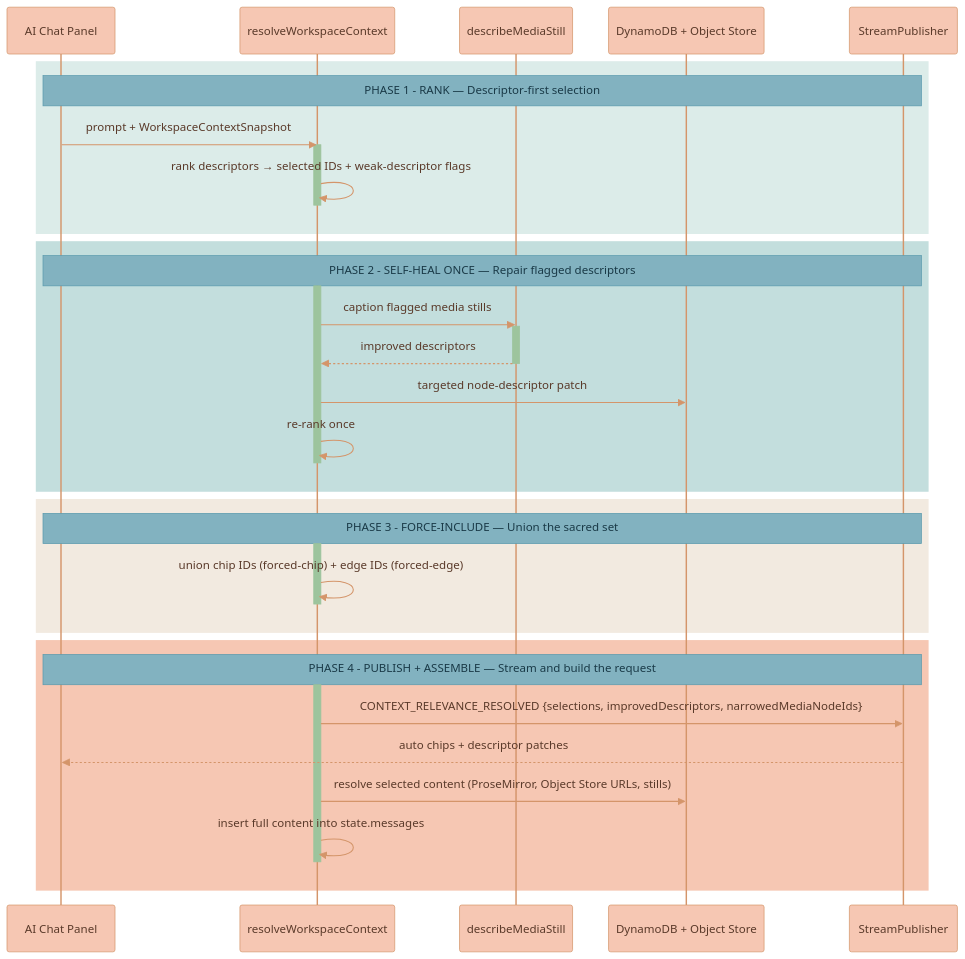
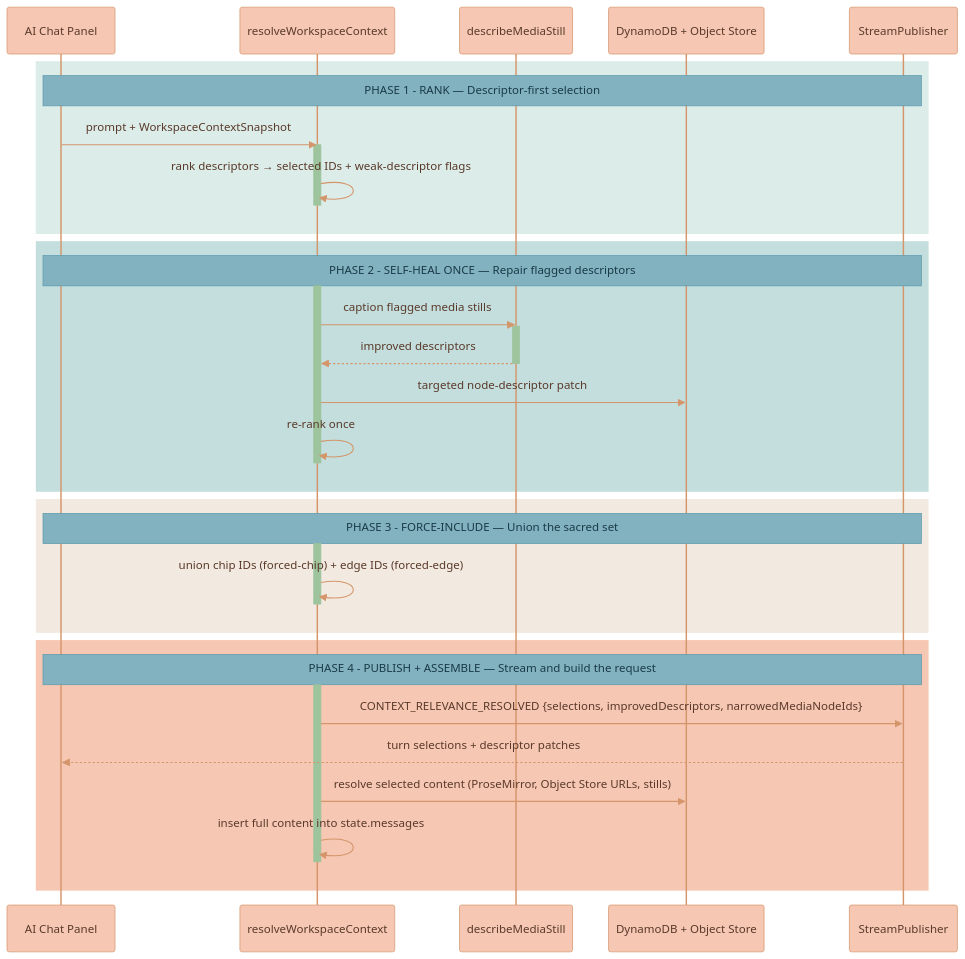
The second of 2 diagrams in documentation/ai-chat/CONTEXT-RELEVANCE.md (Lixpi/lixpi), drawn with Mermaid before and after one commit. The commit also changed other lines of this file and 12 other files, not shown here.

````diff
--- a/documentation/ai-chat/CONTEXT-RELEVANCE.md
+++ b/documentation/ai-chat/CONTEXT-RELEVANCE.md
@@ -168,58 +169,58 @@
 ```mermaid
 %%{init: {'theme': 'base', 'themeVariables': { 'noteBkgColor': '#82B2C0', 'noteTextColor': '#1a3a47', 'noteBorderColor': '#5a9aad', 'actorBkg': '#F6C7B3', 'actorBorder': '#d4956a', 'actorTextColor': '#5a3a2a', 'actorLineColor': '#d4956a', 'signalColor': '#d4956a', 'signalTextColor': '#5a3a2a', 'labelBoxBkgColor': '#F6C7B3', 'labelBoxBorderColor': '#d4956a', 'labelTextColor': '#5a3a2a', 'loopTextColor': '#5a3a2a', 'activationBorderColor': '#9DC49D', 'activationBkgColor': '#9DC49D', 'sequenceNumberColor': '#5a3a2a'}}}%%
 sequenceDiagram
     participant Panel as AI Chat Panel
     participant Resolver as resolveWorkspaceContext
     participant Describe as describeMediaStill
     participant Store as DynamoDB + Object Store
     participant Stream as StreamPublisher
 
     %% ═══════════════════════════════════════════════════════════════
     %% PHASE 1: RANK
     %% ═══════════════════════════════════════════════════════════════
     rect rgb(220, 236, 233)
         Note over Panel, Stream: PHASE 1 - RANK — Descriptor-first selection
         Panel->>Resolver: prompt + WorkspaceContextSnapshot
         activate Resolver
         Resolver->>Resolver: rank descriptors → selected IDs + weak-descriptor flags
         deactivate Resolver
     end
 
     %% ═══════════════════════════════════════════════════════════════
     %% PHASE 2: SELF-HEAL ONCE
     %% ═══════════════════════════════════════════════════════════════
     rect rgb(195, 222, 221)
         Note over Panel, Stream: PHASE 2 - SELF-HEAL ONCE — Repair flagged descriptors
         activate Resolver
         Resolver->>Describe: caption flagged media stills
         activate Describe
         Describe-->>Resolver: improved descriptors
         deactivate Describe
         Resolver->>Store: targeted node-descriptor patch
         Resolver->>Resolver: re-rank once
         deactivate Resolver
     end
 
     %% ═══════════════════════════════════════════════════════════════
     %% PHASE 3: FORCE-INCLUDE
     %% ═══════════════════════════════════════════════════════════════
     rect rgb(242, 234, 224)
         Note over Panel, Stream: PHASE 3 - FORCE-INCLUDE — Union the sacred set
         activate Resolver
         Resolver->>Resolver: union chip IDs (forced-chip) + edge IDs (forced-edge)
         deactivate Resolver
     end
 
     %% ═══════════════════════════════════════════════════════════════
     %% PHASE 4: PUBLISH + ASSEMBLE
     %% ═══════════════════════════════════════════════════════════════
     rect rgb(246, 199, 179)
         Note over Panel, Stream: PHASE 4 - PUBLISH + ASSEMBLE — Stream and build the request
         activate Resolver
         Resolver->>Stream: CONTEXT_RELEVANCE_RESOLVED {selections, improvedDescriptors, narrowedMediaNodeIds}
-        Stream-->>Panel: auto chips + descriptor patches
+        Stream-->>Panel: turn selections + descriptor patches
         Resolver->>Store: resolve selected content (ProseMirror, Object Store URLs, stills)
         Resolver->>Resolver: insert full content into state.messages
         deactivate Resolver
     end
 ```
````
